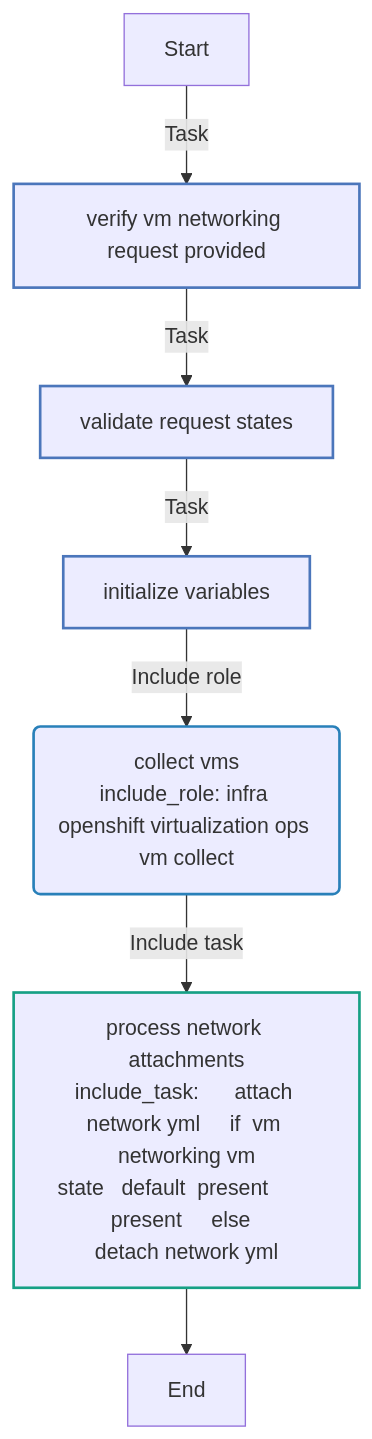
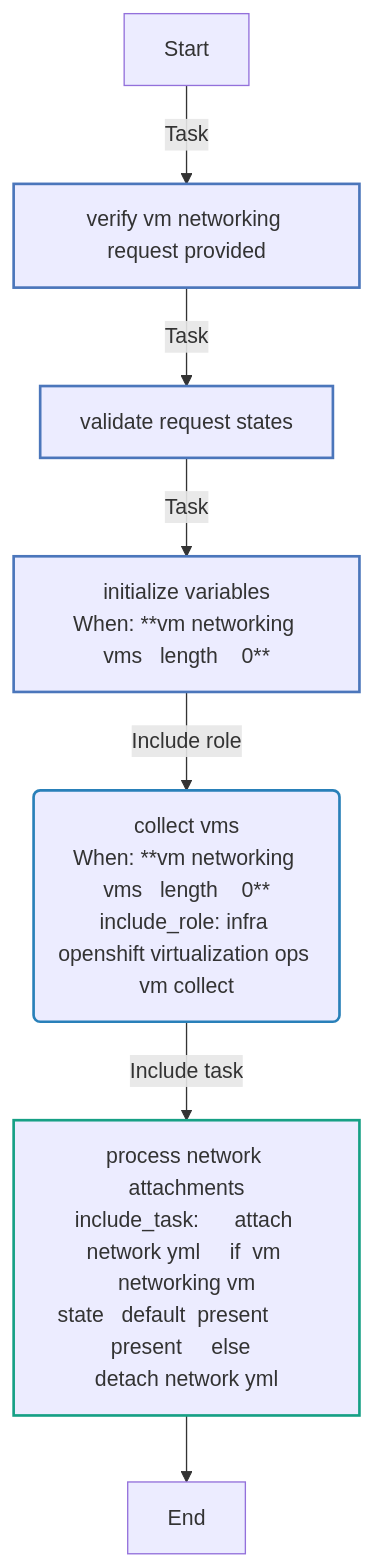
One commit to redhat-cop/openshift_virtualization_ops changed the third of 4 diagrams in roles/vm_networking/README.md. Above: the diagram before and after it, drawn with Mermaid. The commit also changed other lines of this file, not shown here.

First line of the commit message:
fix: regenerate vm_networking README for docsible pre-commit

````diff
--- a/roles/vm_networking/README.md
+++ b/roles/vm_networking/README.md
@@ -140,19 +143,19 @@
 ```mermaid
 flowchart TD
 Start
 classDef block stroke:#3498db,stroke-width:2px;
 classDef task stroke:#4b76bb,stroke-width:2px;
 classDef includeTasks stroke:#16a085,stroke-width:2px;
 classDef importTasks stroke:#34495e,stroke-width:2px;
 classDef includeRole stroke:#2980b9,stroke-width:2px;
 classDef importRole stroke:#699ba7,stroke-width:2px;
 classDef includeVars stroke:#8e44ad,stroke-width:2px;
 classDef rescue stroke:#665352,stroke-width:2px;
 
   Start-->|Task| Verify_vm_networking_request_Provided0[verify vm networking request provided]:::task
   Verify_vm_networking_request_Provided0-->|Task| Validate_Request_States1[validate request states]:::task
-  Validate_Request_States1-->|Task| Initialize_Variables2[initialize variables]:::task
-  Initialize_Variables2-->|Include role| Collect_VMs_infra_openshift_virtualization_ops_vm_collect_3(collect vms<br>include_role: infra openshift virtualization ops vm collect):::includeRole
+  Validate_Request_States1-->|Task| Initialize_Variables2[initialize variables<br>When: **vm networking vms   length    0**]:::task
+  Initialize_Variables2-->|Include role| Collect_VMs_infra_openshift_virtualization_ops_vm_collect_3(collect vms<br>When: **vm networking vms   length    0**<br>include_role: infra openshift virtualization ops vm collect):::includeRole
   Collect_VMs_infra_openshift_virtualization_ops_vm_collect_3-->|Include task| Process_Network_Attachments______attach_network_yml_____if__vm_networking_vm_state___default__present________present_____else___detach_network_yml_____4[process network attachments<br>include_task:      attach network yml     if  vm networking vm<br>state   default  present        present     else  <br>detach network yml    ]:::includeTasks
   Process_Network_Attachments______attach_network_yml_____if__vm_networking_vm_state___default__present________present_____else___detach_network_yml_____4-->End
 ```
````
